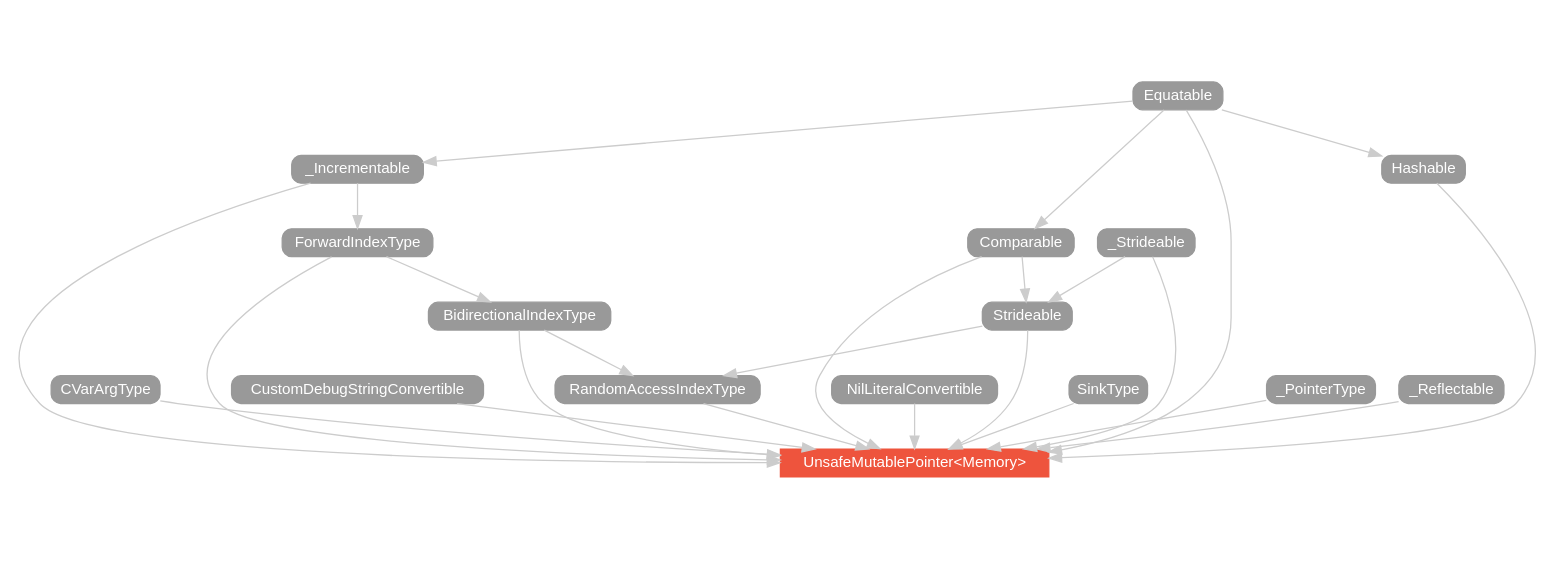
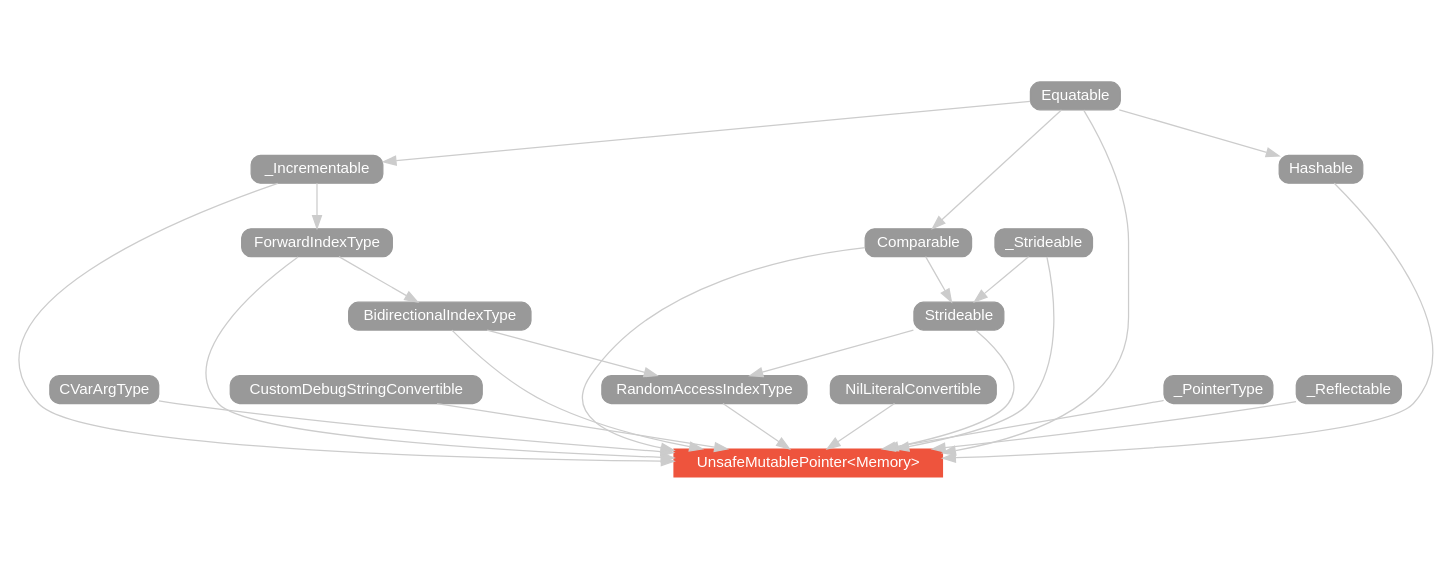
Before and after one commit to SwiftDoc/SwiftDoc.github.io: the diagram in swift-2/type/UnsafeMutablePointer/hierarchy/index.dot, drawn with Graphviz. The commit also changed 1118 other files, not shown here.

```diff
--- a/swift-2/type/UnsafeMutablePointer/hierarchy/index.dot
+++ b/swift-2/type/UnsafeMutablePointer/hierarchy/index.dot
@@ -1,57 +1,55 @@
 strict digraph "UnsafeMutablePointer<Memory> - Type Hierarchy - SwiftDoc.org" {
     pad="0.1,0.8"
     node [shape=box, style="filled,rounded", color="#999999", fillcolor="#999999", fontcolor=white, fontname=Helvetica, fontnames="Helvetica,sansserif", fontsize=12, margin="0.07,0.05", height="0.3"]
     edge [color="#cccccc"]
     "BidirectionalIndexType" [URL="/protocol/BidirectionalIndexType/"]
     "CVarArgType" [URL="/protocol/CVarArgType/"]
     "Comparable" [URL="/protocol/Comparable/"]
     "CustomDebugStringConvertible" [URL="/protocol/CustomDebugStringConvertible/"]
     "Equatable" [URL="/protocol/Equatable/"]
     "ForwardIndexType" [URL="/protocol/ForwardIndexType/"]
     "Hashable" [URL="/protocol/Hashable/"]
     "NilLiteralConvertible" [URL="/protocol/NilLiteralConvertible/"]
     "RandomAccessIndexType" [URL="/protocol/RandomAccessIndexType/"]
-    "SinkType" [URL="/protocol/SinkType/"]
     "Strideable" [URL="/protocol/Strideable/"]
     "UnsafeMutablePointer<Memory>" [URL="/type/UnsafeMutablePointer/", style="filled", fillcolor="#ee543d", color="#ee543d"]
     "_Incrementable" [URL="/protocol/_Incrementable/"]
     "_PointerType" [URL="/protocol/_PointerType/"]
     "_Reflectable" [URL="/protocol/_Reflectable/"]
     "_Strideable" [URL="/protocol/_Strideable/"]    "RandomAccessIndexType" -> "UnsafeMutablePointer<Memory>"
     "BidirectionalIndexType" -> "UnsafeMutablePointer<Memory>"
     "ForwardIndexType" -> "UnsafeMutablePointer<Memory>"
     "_Incrementable" -> "UnsafeMutablePointer<Memory>"
     "Equatable" -> "UnsafeMutablePointer<Memory>"
     "Strideable" -> "UnsafeMutablePointer<Memory>"
     "Comparable" -> "UnsafeMutablePointer<Memory>"
     "_Strideable" -> "UnsafeMutablePointer<Memory>"
     "Hashable" -> "UnsafeMutablePointer<Memory>"
     "NilLiteralConvertible" -> "UnsafeMutablePointer<Memory>"
     "_PointerType" -> "UnsafeMutablePointer<Memory>"
     "CustomDebugStringConvertible" -> "UnsafeMutablePointer<Memory>"
     "_Reflectable" -> "UnsafeMutablePointer<Memory>"
-    "SinkType" -> "UnsafeMutablePointer<Memory>"
     "CVarArgType" -> "UnsafeMutablePointer<Memory>"
     "BidirectionalIndexType" -> "RandomAccessIndexType"
     "Strideable" -> "RandomAccessIndexType"
     "ForwardIndexType" -> "BidirectionalIndexType"
     "_Incrementable" -> "ForwardIndexType"
     "Equatable" -> "_Incrementable"
     "Comparable" -> "Strideable"
     "_Strideable" -> "Strideable"
     "Equatable" -> "Comparable"
     "ForwardIndexType" -> "BidirectionalIndexType"
     "_Incrementable" -> "ForwardIndexType"
     "Equatable" -> "_Incrementable"
     "_Incrementable" -> "ForwardIndexType"
     "Equatable" -> "_Incrementable"
     "Equatable" -> "_Incrementable"
     "Comparable" -> "Strideable"
     "_Strideable" -> "Strideable"
     "Equatable" -> "Comparable"
     "Equatable" -> "Comparable"
     "Equatable" -> "Hashable"
     subgraph Types {
         rank = max; "UnsafeMutablePointer<Memory>";
     }
 }
```
